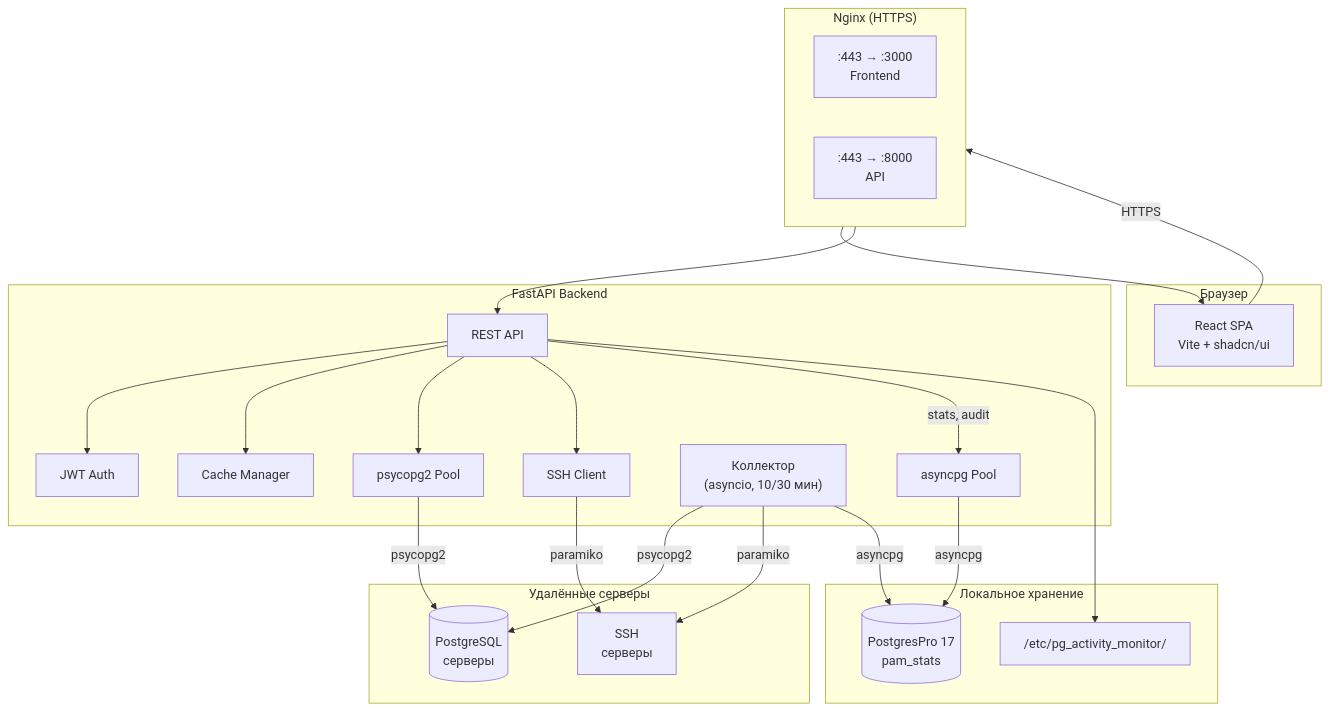
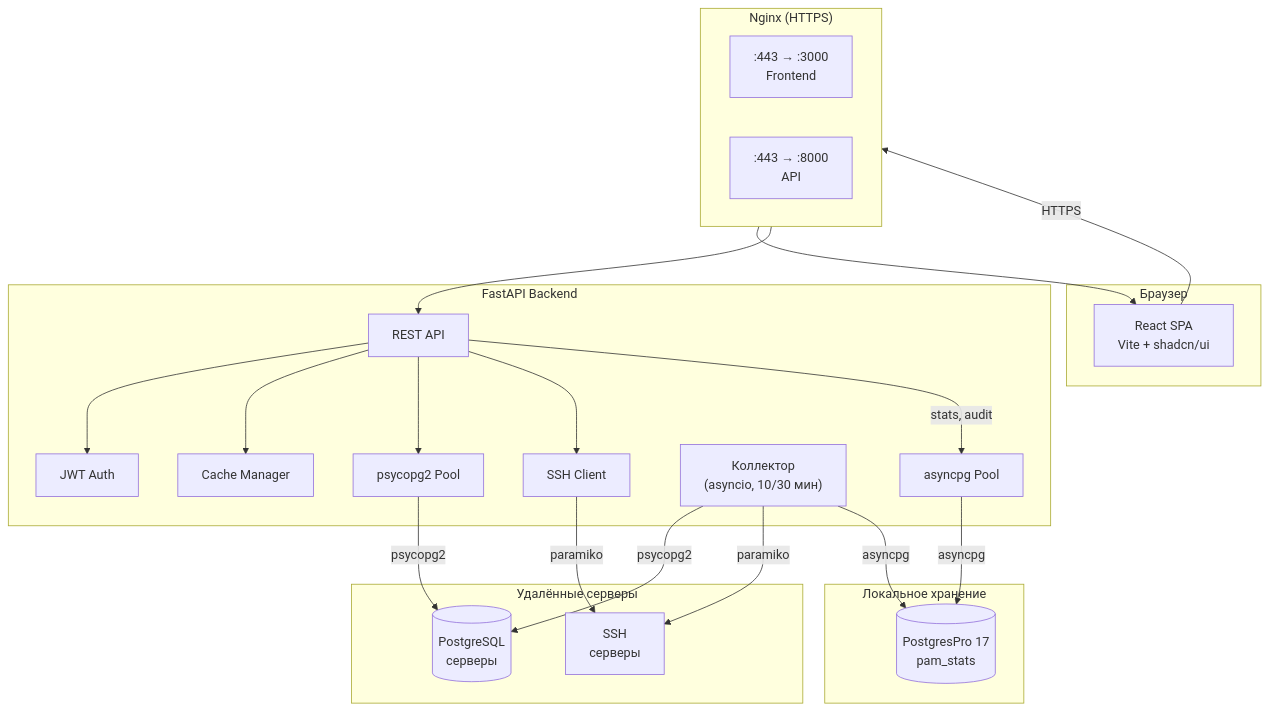
Before and after one commit to wobujidao/PostgreSQL-Activity-Monitor: the first of 3 diagrams in README.md, drawn with Mermaid. The commit also changed other lines of this file and 3 other files, not shown here.

````diff
--- a/README.md
+++ b/README.md
@@ -44,48 +44,46 @@
 ```mermaid
 graph TB
     subgraph Client["Браузер"]
         SPA["React SPA<br/>Vite + shadcn/ui"]
     end
 
     subgraph Proxy["Nginx (HTTPS)"]
         direction LR
         NF[":443 → :3000<br/>Frontend"]
         NB[":443 → :8000<br/>API"]
     end
 
     subgraph Backend["FastAPI Backend"]
         Auth["JWT Auth"]
         API["REST API"]
         Cache["Cache Manager"]
         Pool["psycopg2 Pool"]
         SSHClient["SSH Client"]
         Collector["Коллектор<br/>(asyncio, 10/30 мин)"]
         LocalPool["asyncpg Pool"]
     end
 
     subgraph Data["Удалённые серверы"]
         PG[("PostgreSQL<br/>серверы")]
         SSH["SSH<br/>серверы"]
     end
 
     subgraph Local["Локальное хранение"]
         LocalPG[("PostgresPro 17<br/>pam_stats")]
-        Config["/etc/pg_activity_monitor/"]
     end
 
     SPA -->|HTTPS| Proxy
     NF --> SPA
     NB --> API
     API --> Auth
     API --> Cache
     API --> Pool
     API --> SSHClient
     API -->|stats, audit| LocalPool
     Pool -->|psycopg2| PG
     SSHClient -->|paramiko| SSH
     Collector -->|psycopg2| PG
     Collector -->|paramiko| SSH
     Collector -->|asyncpg| LocalPG
     LocalPool -->|asyncpg| LocalPG
-    API --> Config
 ```
````
